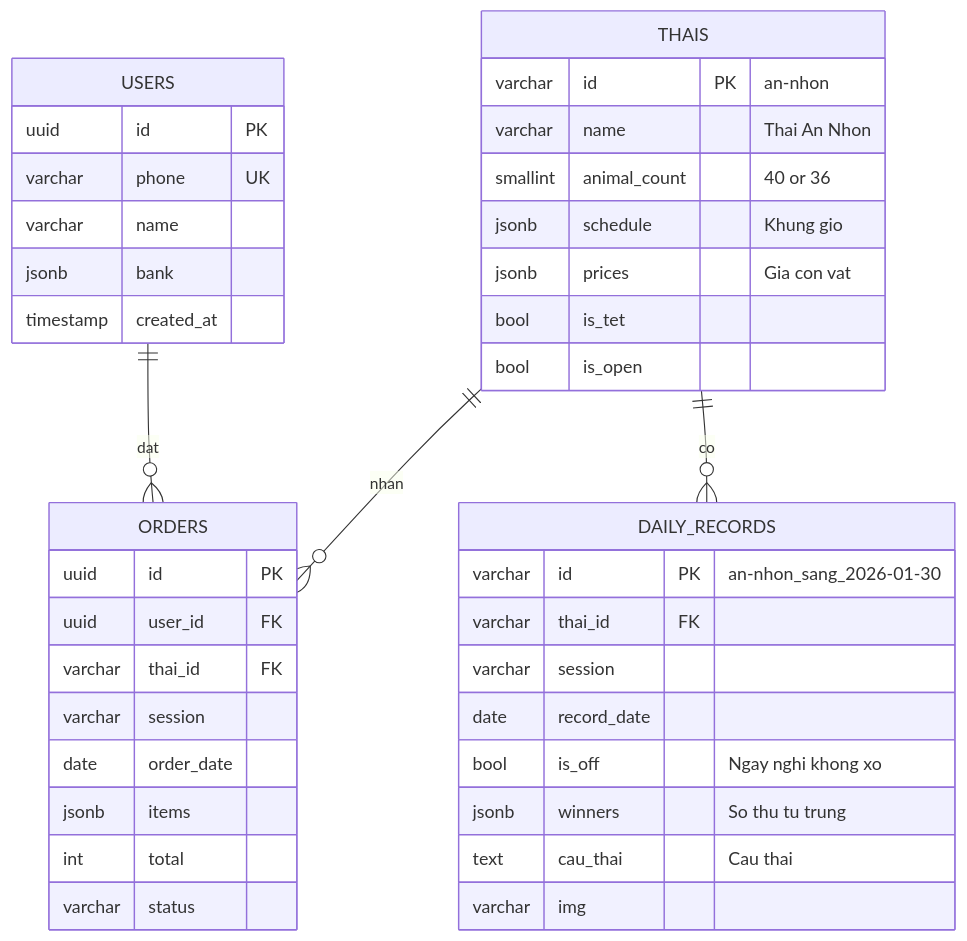
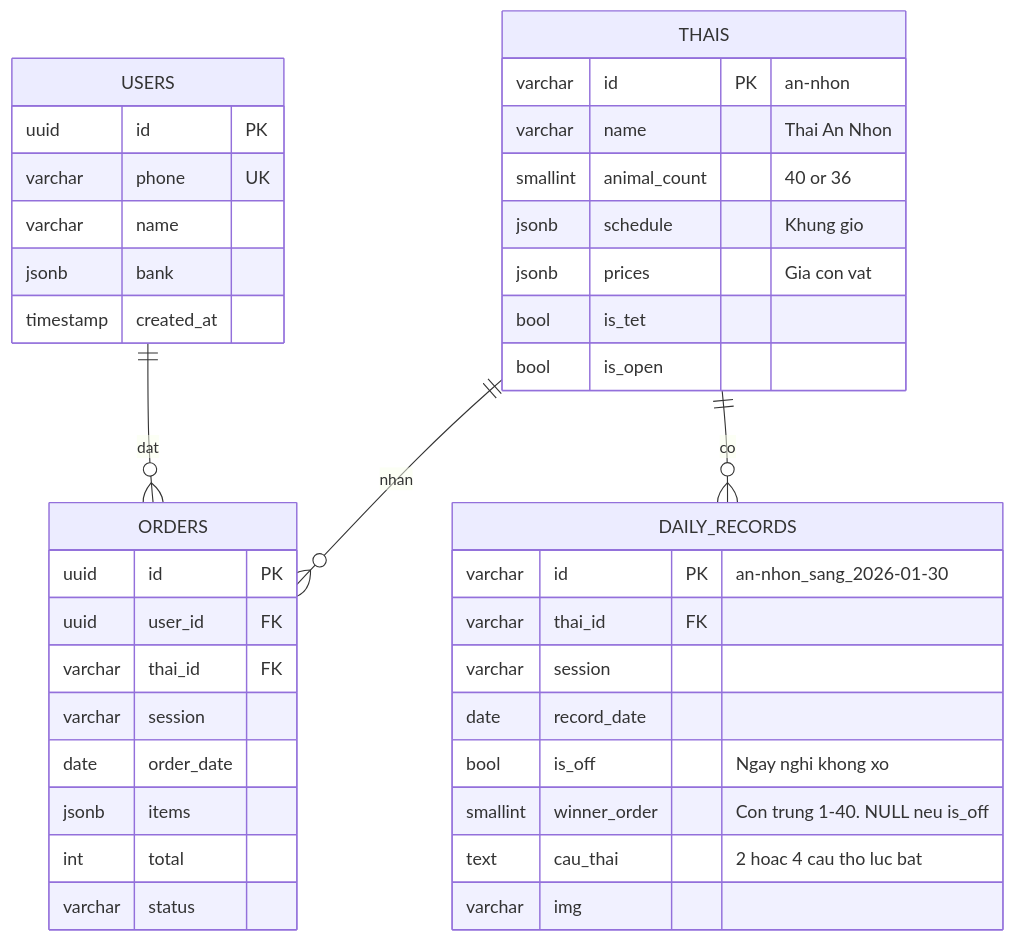
The diagram in DATABASE_SCHEMA.md (initforge/u.i-conhon), drawn with Mermaid before and after one commit. The commit also changed other lines of this file and 9 other files, not shown here.

````diff
--- a/DATABASE_SCHEMA.md
+++ b/DATABASE_SCHEMA.md
@@ -84,46 +84,46 @@
 ```mermaid
 erDiagram
     THAIS ||--o{ ORDERS : "nhan"
     THAIS ||--o{ DAILY_RECORDS : "co"
     USERS ||--o{ ORDERS : "dat"
     
     THAIS {
         varchar id PK "an-nhon"
         varchar name "Thai An Nhon"
         smallint animal_count "40 or 36"
         jsonb schedule "Khung gio"
         jsonb prices "Gia con vat"
         bool is_tet
         bool is_open
     }
     
     USERS {
         uuid id PK
         varchar phone UK
         varchar name
         jsonb bank
         timestamp created_at
     }
     
     ORDERS {
         uuid id PK
         uuid user_id FK
         varchar thai_id FK
         varchar session
         date order_date
         jsonb items
         int total
         varchar status
     }
     
     DAILY_RECORDS {
         varchar id PK "an-nhon_sang_2026-01-30"
         varchar thai_id FK
         varchar session
         date record_date
         bool is_off "Ngay nghi khong xo"
-        jsonb winners "So thu tu trung"
-        text cau_thai "Cau thai"
+        smallint winner_order "Con trung 1-40. NULL neu is_off"
+        text cau_thai "2 hoac 4 cau tho luc bat"
         varchar img
     }
 ```
````
